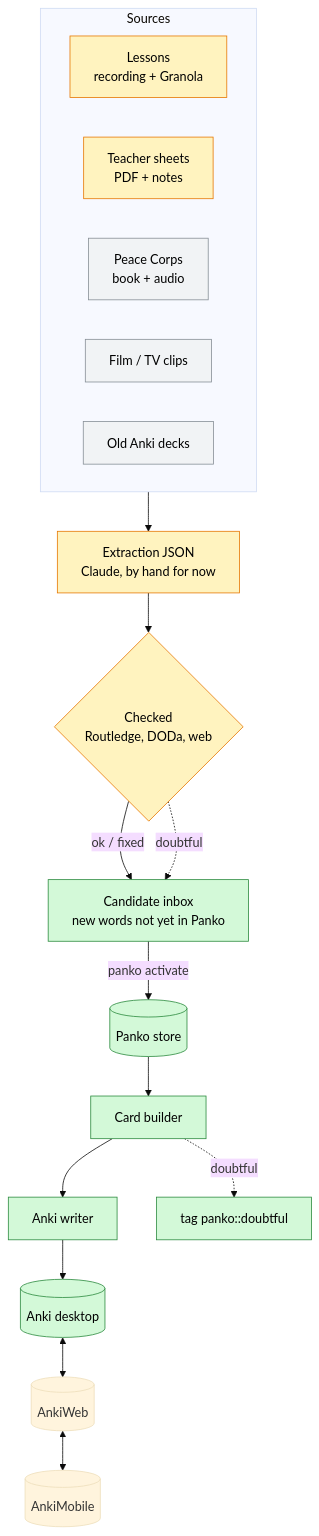
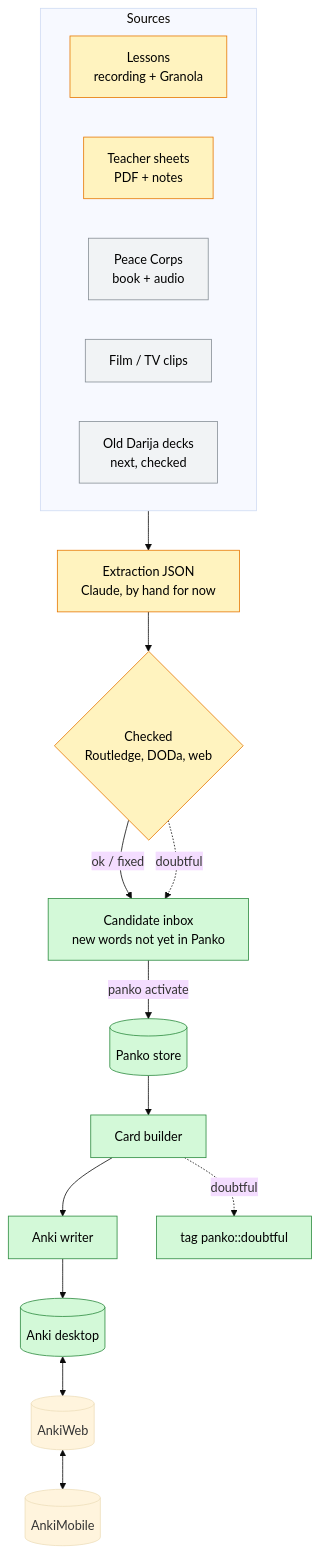
The first of 5 diagrams in docs/ARCHITECTURE.md (NotAHill/panko), drawn with Mermaid (base theme) before and after one commit. The commit also changed 2 other files, not shown here.

Commit message:
Roadmap: all lesson and teacher material in Anki; next, ingest old Darija decks with checks

````diff
--- a/docs/ARCHITECTURE.md
+++ b/docs/ARCHITECTURE.md
@@ -12,25 +12,25 @@
 ```mermaid
 flowchart TB
     subgraph Sources
         direction LR
         L[Lessons<br/>recording + Granola]:::part
         T[Teacher sheets<br/>PDF + notes]:::part
         PC[Peace Corps<br/>book + audio]:::plan
         M[Film / TV clips]:::plan
-        D[Old Anki decks]:::plan
+        D[Old Darija decks<br/>next, checked]:::plan
     end
     Sources --> X[Extraction JSON<br/>Claude, by hand for now]:::part
     X --> C{Checked<br/>Routledge, DODa, web}:::part
     C -- ok / fixed --> IN[Candidate inbox<br/>new words not yet in Panko]:::built
     C -. doubtful .-> IN
     IN -- panko activate --> S[(Panko store)]:::built
     S --> B[Card builder]:::built
     B --> W[Anki writer]:::built
     B -. doubtful .-> F[tag panko::doubtful]:::built
     W --> A[(Anki desktop)]:::built
     A <--> AW[(AnkiWeb)] <--> AM[(AnkiMobile)]
 
     classDef built fill:#d3f9d8,stroke:#2b8a3e,color:#000
     classDef part fill:#fff3bf,stroke:#e67700,color:#000
     classDef plan fill:#f1f3f5,stroke:#868e96,color:#000
 ```
````
